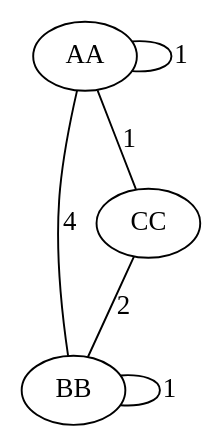
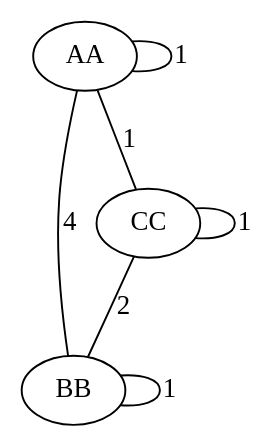
The diagram in TP2/src/main/resources/graph.dot (L-zed/TP2_AnalyseStatique), drawn with Graphviz before and after one commit. The commit also changed 18 other files, not shown here.

```diff
--- a/TP2/src/main/resources/graph.dot
+++ b/TP2/src/main/resources/graph.dot
@@ -1,8 +1,9 @@
 digraph "graph" {
 edge[dir=none]
 "AA"->"AA" [ label="1" ]
 "AA"->"BB" [ label="4" ]
 "AA"->"CC" [ label="1" ]
 "CC"->"BB" [ label="2" ]
+"CC"->"CC" [ label="1" ]
 "BB"->"BB" [ label="1" ]
 }
```
